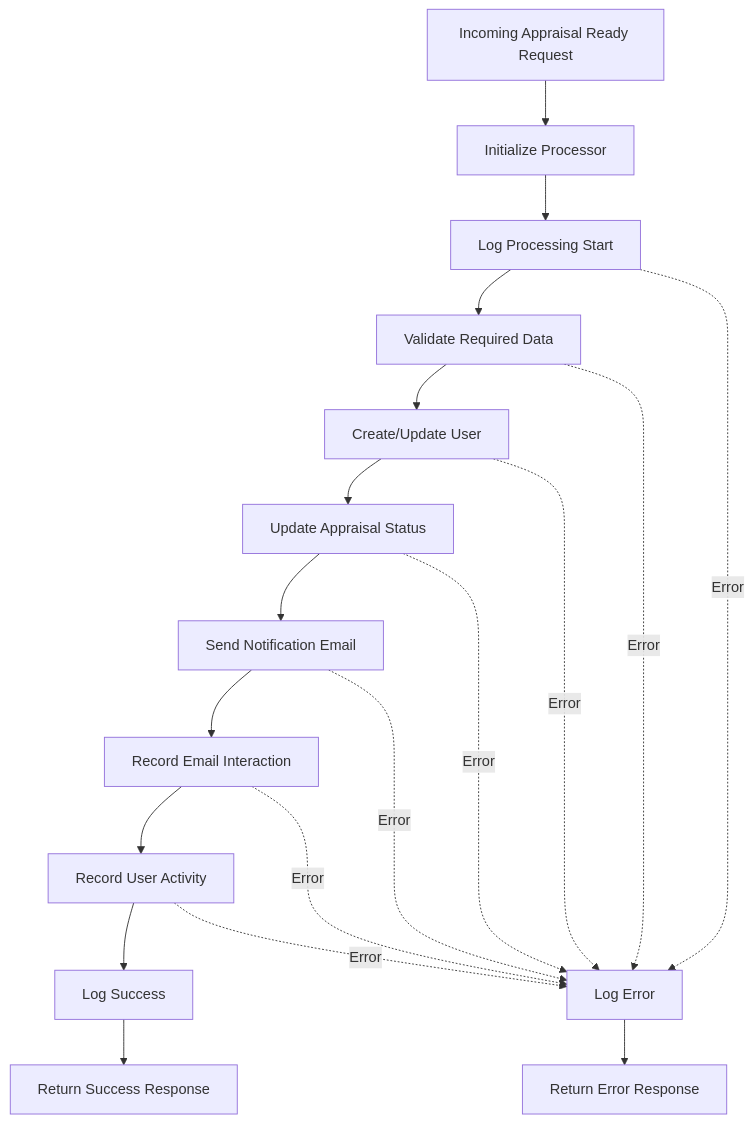
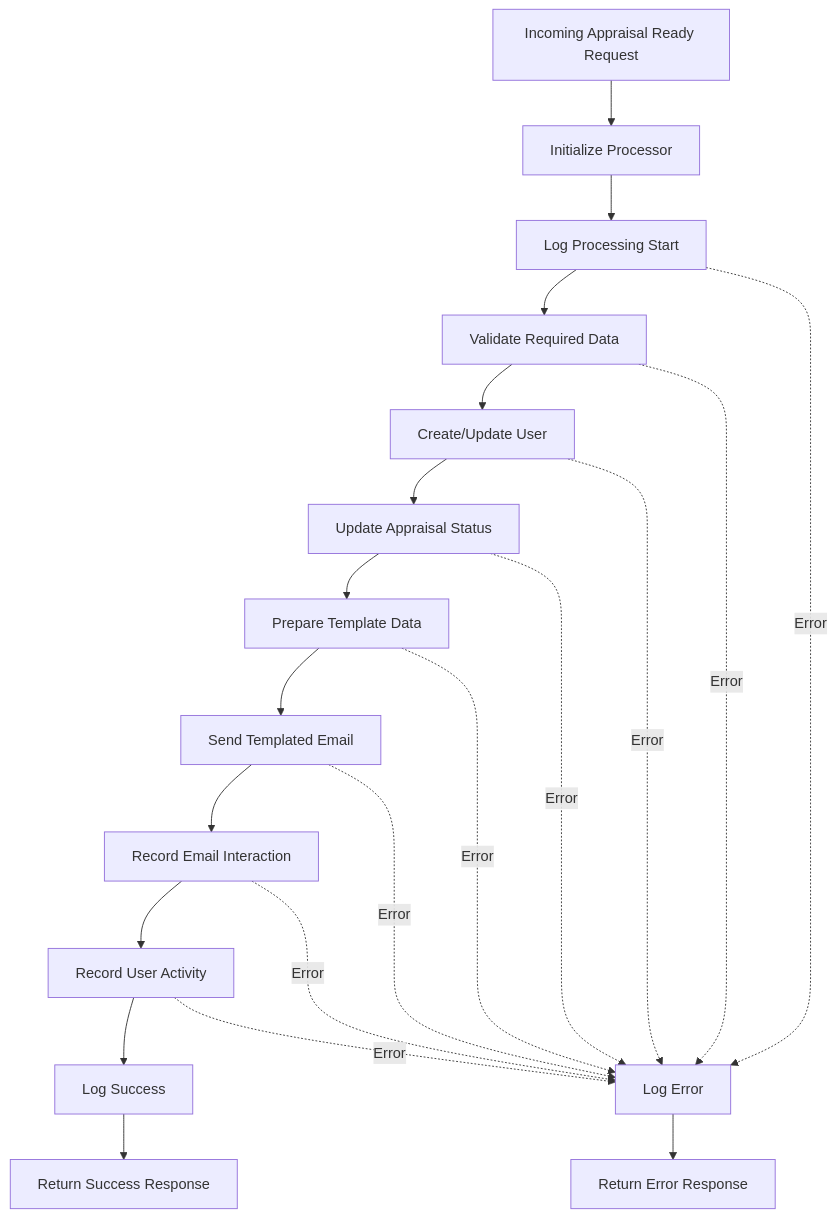
The first of 4 diagrams in src/services/message/processors/AppraisalReadyNotificationMermaidDiagram.md (Appraisily/CRM), drawn with Mermaid before and after one commit. The commit also changed other lines of this file and 2 other files, not shown here.

Commit message:
Refactor AppraisalReadyNotificationProcessor and update documentation: Modify the processor to use SendGrid templated emails, streamline data handling, and enhance error handling. Update the Mermaid diagram and data flow descriptions in the documentation to reflect these changes.

````diff
--- a/src/services/message/processors/AppraisalReadyNotificationMermaidDiagram.md
+++ b/src/services/message/processors/AppraisalReadyNotificationMermaidDiagram.md
@@ -3,24 +3,26 @@
 ```mermaid
 graph TD
     A[Incoming Appraisal Ready Request] --> B[Initialize Processor]
     B --> C[Log Processing Start]
     
     C --> D[Validate Required Data]
     D --> E[Create/Update User]
     E --> F[Update Appraisal Status]
-    F --> G[Send Notification Email]
-    G --> H[Record Email Interaction]
-    H --> I[Record User Activity]
-    I --> J[Log Success]
-    J --> K[Return Success Response]
+    F --> G[Prepare Template Data]
+    G --> H[Send Templated Email]
+    H --> I[Record Email Interaction]
+    I --> J[Record User Activity]
+    J --> K[Log Success]
+    K --> L[Return Success Response]
     
     %% Error handling
-    C -.->|Error| L[Log Error]
-    D -.->|Error| L
-    E -.->|Error| L
-    F -.->|Error| L
-    G -.->|Error| L
-    H -.->|Error| L
-    I -.->|Error| L
-    L --> M[Return Error Response]
+    C -.->|Error| M[Log Error]
+    D -.->|Error| M
+    E -.->|Error| M
+    F -.->|Error| M
+    G -.->|Error| M
+    H -.->|Error| M
+    I -.->|Error| M
+    J -.->|Error| M
+    M --> N[Return Error Response]
 ```
````
